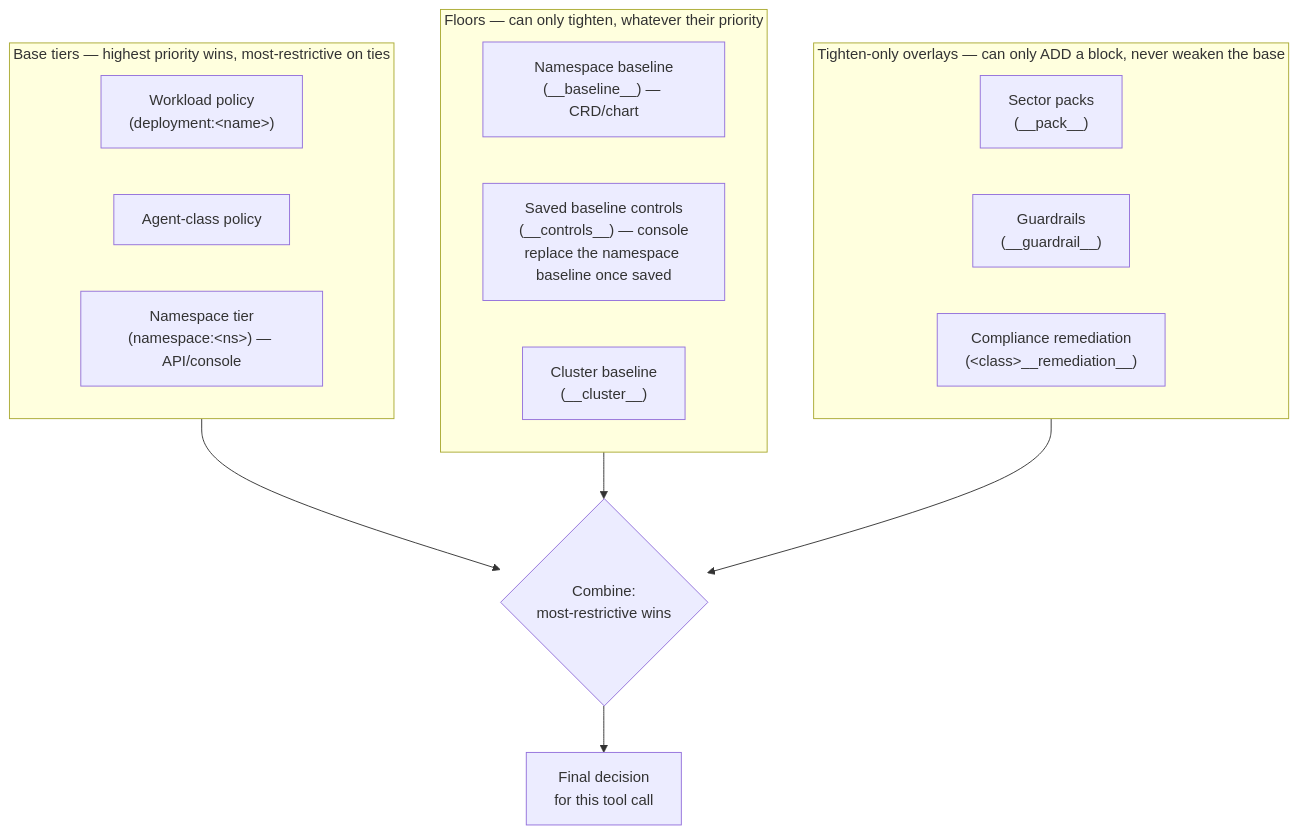
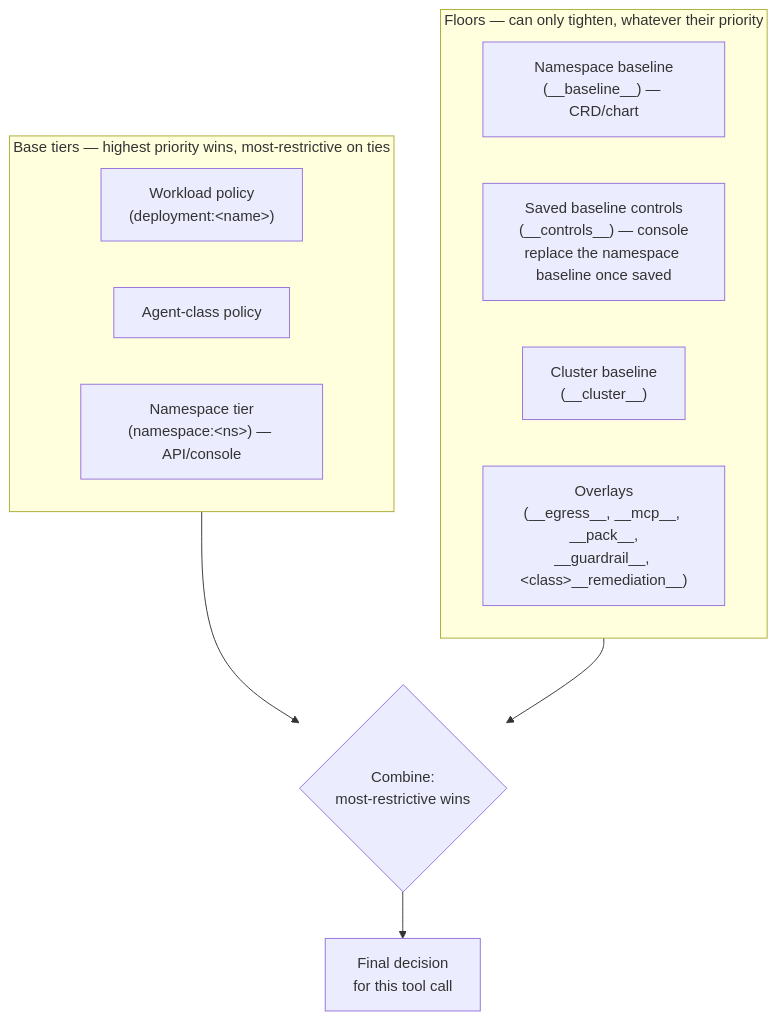
Before and after one commit to norviq-dev/norviq: the second of 2 diagrams in docs/concepts.md, drawn with Mermaid. The commit also changed other lines of this file and 17 other files, not shown here.

````diff
--- a/docs/concepts.md
+++ b/docs/concepts.md
@@ -278,22 +283,17 @@
 ```mermaid
 flowchart TB
     subgraph base["Base tiers — highest priority wins, most-restrictive on ties"]
         wl["Workload policy<br/>(deployment:&lt;name&gt;)"]
         cls["Agent-class policy"]
         nst["Namespace tier<br/>(namespace:&lt;ns&gt;) — API/console"]
     end
     subgraph fl["Floors — can only tighten, whatever their priority"]
         nsb["Namespace baseline<br/>(__baseline__) — CRD/chart"]
         ctl["Saved baseline controls<br/>(__controls__) — console<br/>replace the namespace baseline once saved"]
         clb["Cluster baseline<br/>(__cluster__)"]
-    end
-    subgraph ov["Tighten-only overlays — can only ADD a block, never weaken the base"]
-        pack["Sector packs<br/>(__pack__)"]
-        guard["Guardrails<br/>(__guardrail__)"]
-        rem["Compliance remediation<br/>(&lt;class&gt;__remediation__)"]
+        ov["Overlays<br/>(__egress__, __mcp__, __pack__,<br/>__guardrail__, &lt;class&gt;__remediation__)"]
     end
     base --> M{"Combine:<br/>most-restrictive wins"}
     fl --> M
-    ov --> M
     M --> D["Final decision<br/>for this tool call"]
 ```
````
